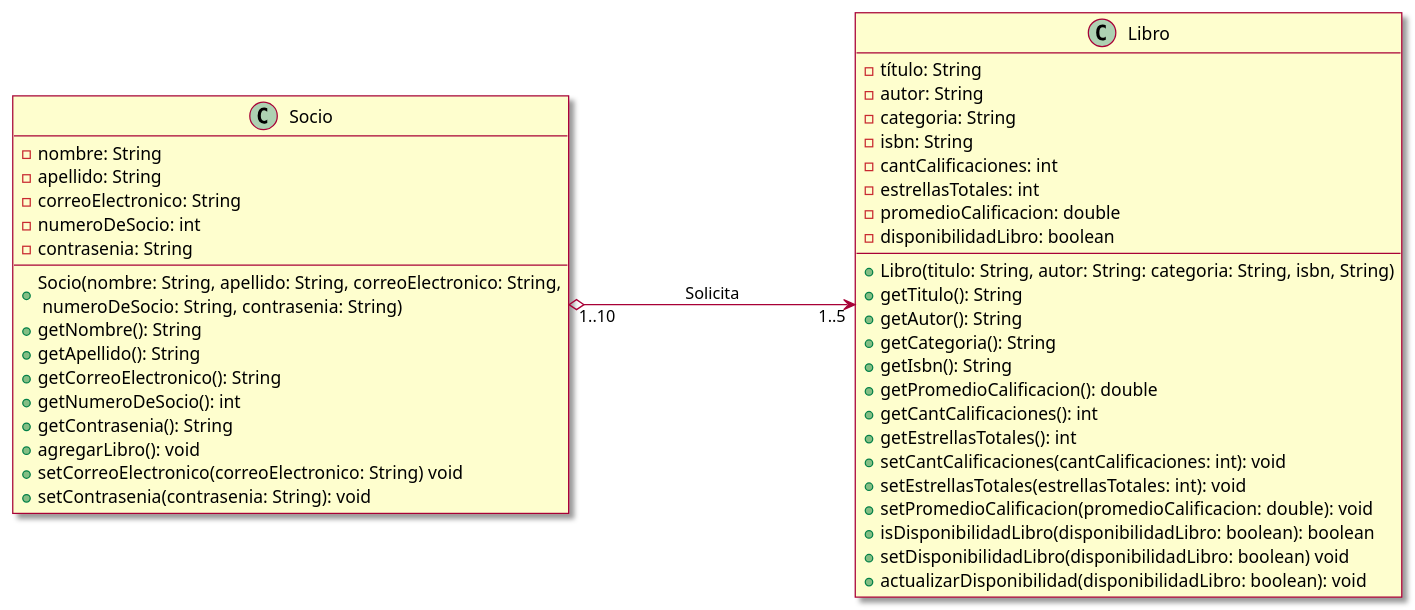
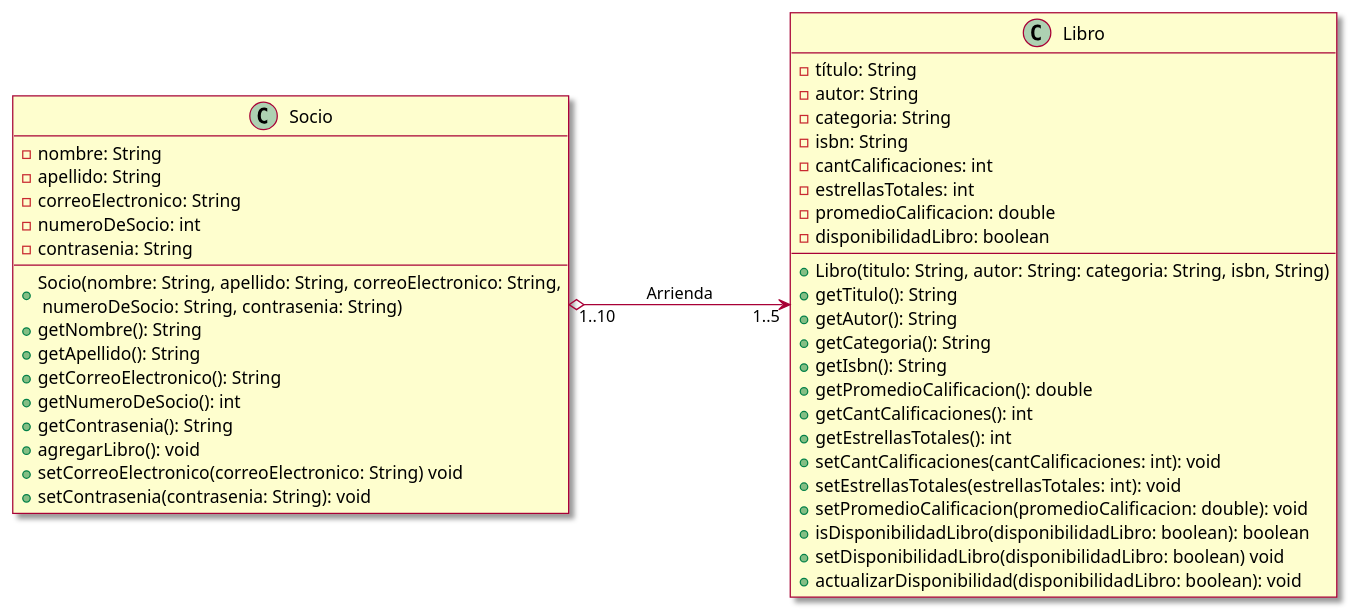
One commit to AlbertoLyons/BiblioTech changed the diagram in clases.puml. Above: the diagram before and after it, drawn with PlantUML.

```diff
--- a/clases.puml
+++ b/clases.puml
@@ -1,50 +1,50 @@
 @startuml
 left to right direction
 skin rose
 class Socio {
 -{field} nombre: String
 -{field} apellido: String
 -{field} correoElectronico: String
 -{field} numeroDeSocio: int
 -{field} contrasenia: String
 +{method} Socio(nombre: String, apellido: String, correoElectronico: String,\n numeroDeSocio: String, contrasenia: String)
 +{method} getNombre(): String
 +{method} getApellido(): String
 +{method} getCorreoElectronico(): String
 +{method} getNumeroDeSocio(): int
 +{method} getContrasenia(): String
 +{method} agregarLibro(): void
 +{method} setCorreoElectronico(correoElectronico: String) void
 +{method} setContrasenia(contrasenia: String): void
 }
 class Libro {
 -{field} título: String
 -{field} autor: String
 -{field} categoria: String
 -{field} isbn: String
 -{field} cantCalificaciones: int
 -{field} estrellasTotales: int
 -{field} promedioCalificacion: double
 -{field} disponibilidadLibro: boolean
 
 +{method} Libro(titulo: String, autor: String: categoria: String, isbn, String)
 +{method} getTitulo(): String
 +{method} getAutor(): String
 +{method} getCategoria(): String
 +{method} getIsbn(): String
 +{method} getPromedioCalificacion(): double
 +{method} getCantCalificaciones(): int
 +{method} getEstrellasTotales(): int
 +{method} setCantCalificaciones(cantCalificaciones: int): void
 +{method} setEstrellasTotales(estrellasTotales: int): void
 +{method} setPromedioCalificacion(promedioCalificacion: double): void
 +{method} isDisponibilidadLibro(disponibilidadLibro: boolean): boolean
 +{method} setDisponibilidadLibro(disponibilidadLibro: boolean) void
 +{method} actualizarDisponibilidad(disponibilidadLibro: boolean): void
 }
 
-Socio "1..10" o----> "1..5" Libro : Solicita
+Socio "1..10" o---> "1..5" Libro : Arrienda
 
 
 
 @enduml
```
